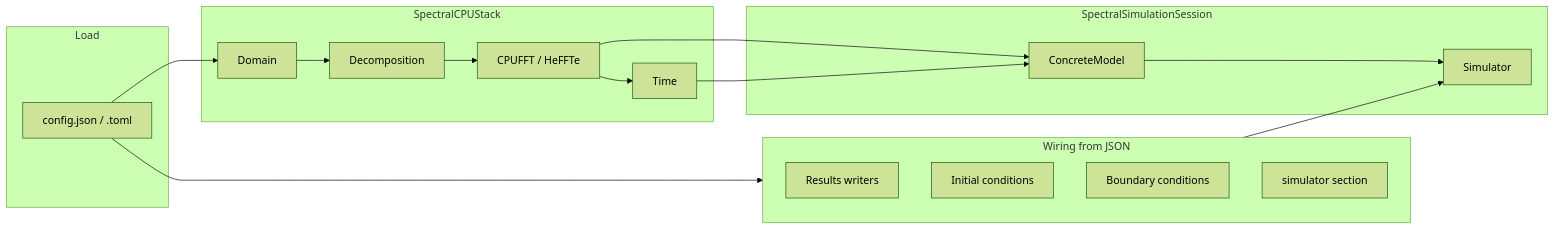
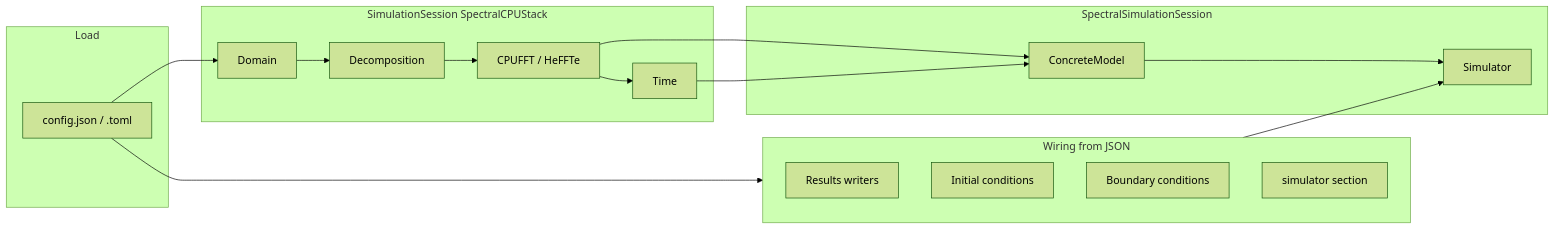
The diagram in docs/user_guide/app_pipeline.md (VTT-ProperTune/OpenPFC), drawn with Mermaid (forest theme) before and after one commit. The commit also changed other lines of this file and 4 other files, not shown here.

````diff
--- a/docs/user_guide/app_pipeline.md
+++ b/docs/user_guide/app_pipeline.md
@@ -14,28 +14,28 @@
 ```mermaid
 flowchart LR
   subgraph load [Load]
     A[config.json / .toml]
   end
-  subgraph stack [SpectralCPUStack]
+  subgraph stack [SimulationSession SpectralCPUStack]
     W[Domain]
     D[Decomposition]
     F[CPUFFT / HeFFTe]
     T[Time]
   end
   subgraph session [SpectralSimulationSession]
     M[ConcreteModel]
     S[Simulator]
   end
   subgraph wire [Wiring from JSON]
     RW[Results writers]
     IC[Initial conditions]
     BC[Boundary conditions]
     SM[simulator section]
   end
   A --> W --> D --> F --> T
   F --> M
   T --> M
   M --> S
   A --> wire
   wire --> S
 ```
````
